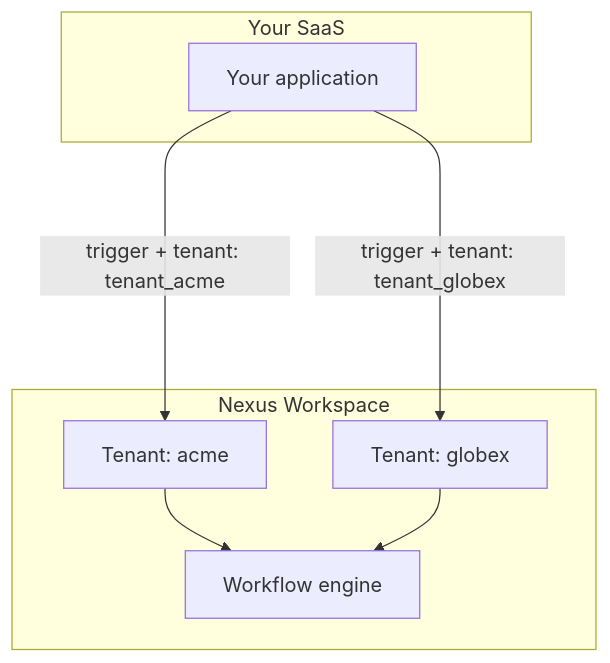
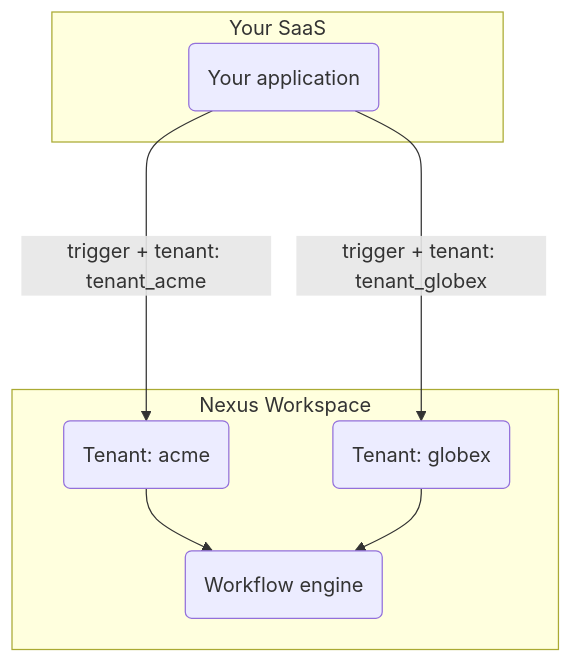
One commit to KriyanshKhunt/nexus_docs changed the diagram in content/docs/en/platform/guides/b2b-multi-tenant.mdx. Above: the diagram before and after it, drawn with Mermaid. The commit also changed 25 other files, not shown here.

Commit message:
Handle en Mermaid charts

````diff
--- a/content/docs/en/platform/guides/b2b-multi-tenant.mdx
+++ b/content/docs/en/platform/guides/b2b-multi-tenant.mdx
@@ -12,15 +12,15 @@
 ```mermaid
 flowchart TB
   subgraph Your SaaS
-    App[Your application]
+    App(Your application)
   end
   subgraph Nexus Workspace
-    T1[Tenant: acme]
-    T2[Tenant: globex]
-    W[Workflow engine]
+    T1(Tenant: acme)
+    T2(Tenant: globex)
+    W(Workflow engine)
   end
   App ---->|trigger + tenant: tenant_acme| T1
   App ---->|trigger + tenant: tenant_globex| T2
   T1 --> W
   T2 --> W
 ```
````
